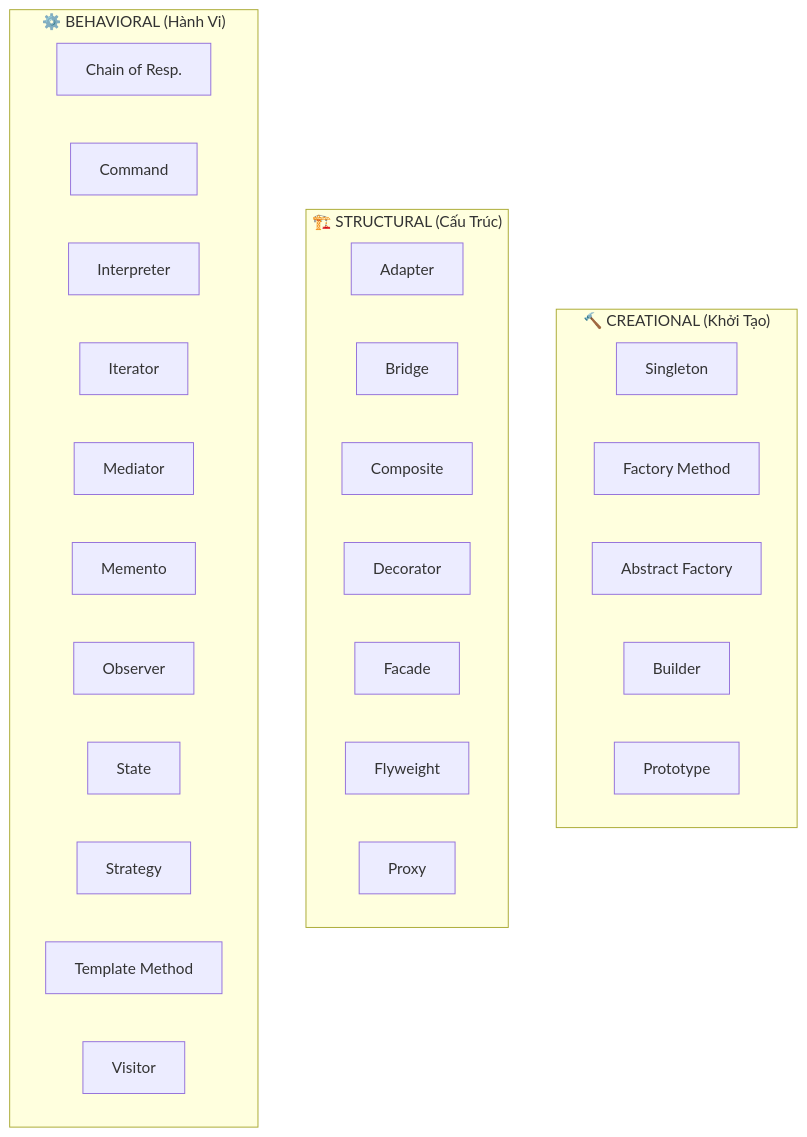
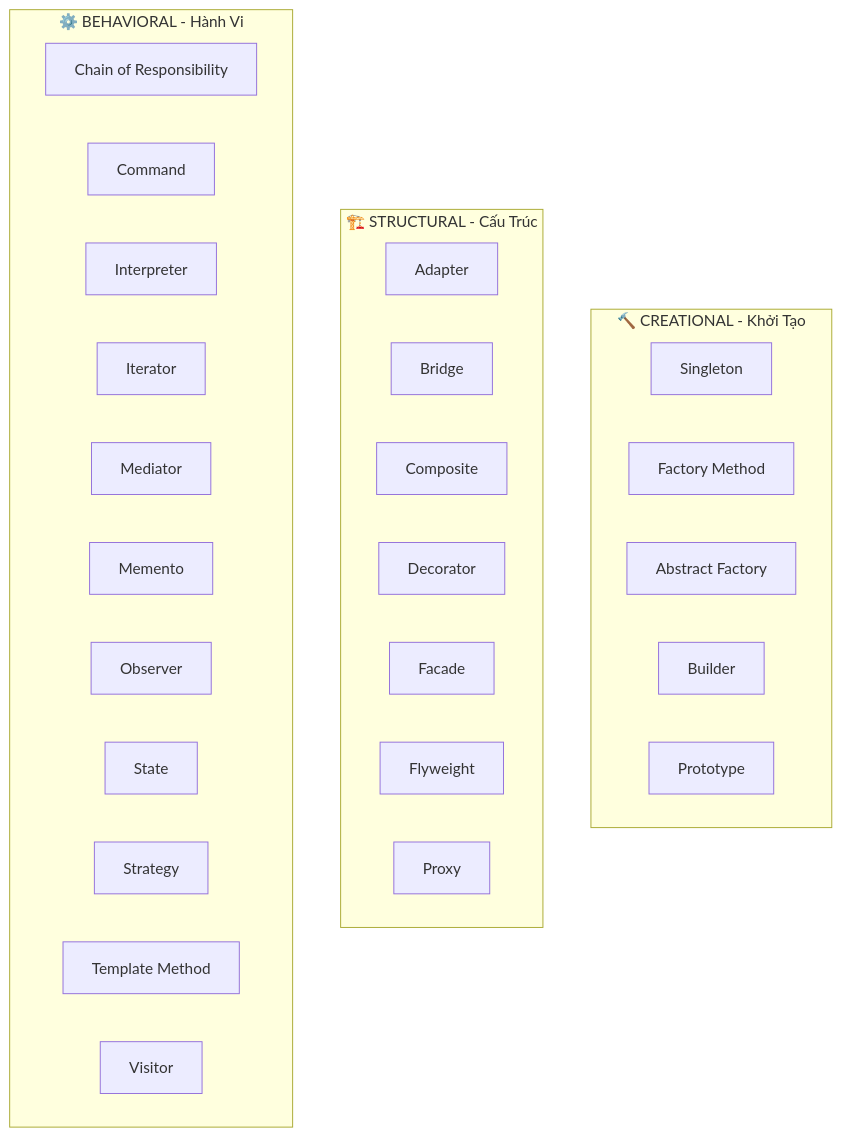
Before and after one commit to nguyentthai96/research_docs: the first of 2 diagrams in design-patterns/README.md, drawn with Mermaid. The commit also changed other lines of this file and 2 other files, not shown here.

Commit message:
fix: mermaid diagram text rendering - CSS cascade override
- Add CSS reset rules for .vp-doc .mermaid to prevent font-size,
  letter-spacing, line-height from cascading into SVG foreignObject
- Fix mermaid node labels: emoji in subgraph titles, Vietnamese edge labels
- Pin mermaid to ^11.17.2 (v12 incompatible with vitepress-plugin-mermaid)

````diff
--- a/design-patterns/README.md
+++ b/design-patterns/README.md
@@ -21,37 +21,37 @@
 ```mermaid
 graph TB
-    subgraph CREATIONAL["🔨 CREATIONAL (Khởi Tạo)"]
+    subgraph CREATIONAL["🔨 CREATIONAL - Khởi Tạo"]
         direction LR
         S[Singleton]
         FM[Factory Method]
         AF[Abstract Factory]
         B[Builder]
         P[Prototype]
     end
     
-    subgraph STRUCTURAL["🏗️ STRUCTURAL (Cấu Trúc)"]
+    subgraph STRUCTURAL["🏗️ STRUCTURAL - Cấu Trúc"]
         direction LR
         AD[Adapter]
         BR[Bridge]
         CO[Composite]
         DE[Decorator]
         FA[Facade]
         FW[Flyweight]
         PR[Proxy]
     end
     
-    subgraph BEHAVIORAL["⚙️ BEHAVIORAL (Hành Vi)"]
+    subgraph BEHAVIORAL["⚙️ BEHAVIORAL - Hành Vi"]
         direction LR
-        COR[Chain of Resp.]
+        COR[Chain of Responsibility]
         CMD[Command]
         INT[Interpreter]
         IT[Iterator]
         MED[Mediator]
         MEM[Memento]
         OBS[Observer]
         ST[State]
         STR[Strategy]
         TM[Template Method]
         VIS[Visitor]
     end
 ```
````
